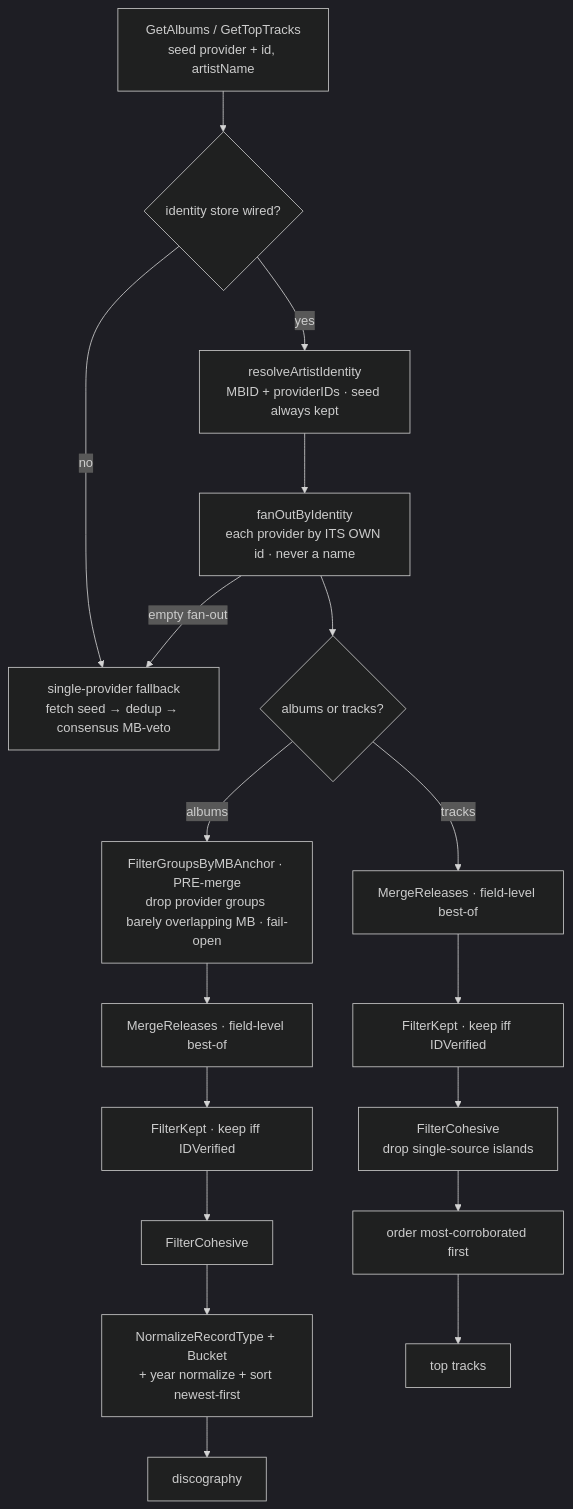
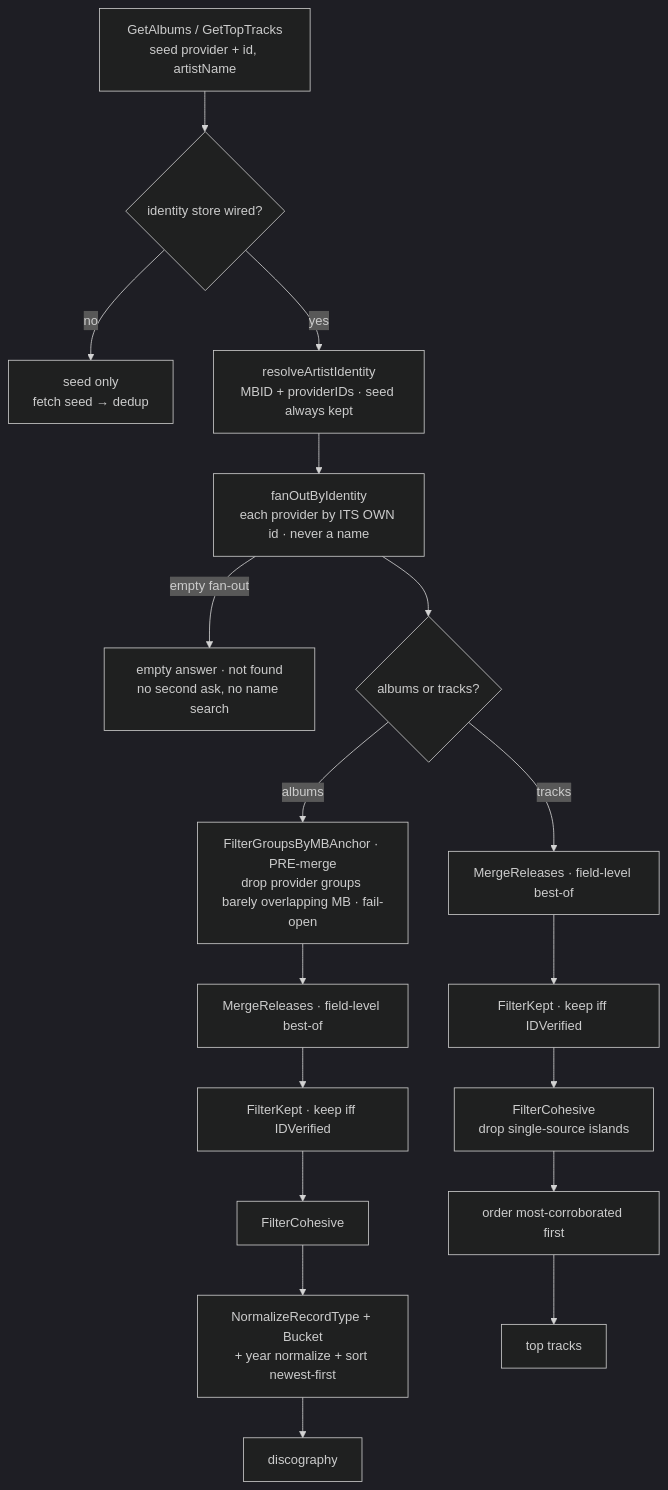
One commit to aleburrascano/altune changed the fourth of 6 diagrams in services/go-api/internal/discovery/ARCHITECTURE.md. Above: the diagram before and after it, drawn with Mermaid (dark theme). The commit also changed other lines of this file and 4 other files, not shown here.

````diff
--- a/services/go-api/internal/discovery/ARCHITECTURE.md
+++ b/services/go-api/internal/discovery/ARCHITECTURE.md
@@ -369,20 +369,20 @@
 ```mermaid
 flowchart TD
     SEED["GetAlbums / GetTopTracks<br/>seed provider + id, artistName"] --> STORE{"identity store wired?"}
-    STORE -->|no| FB["single-provider fallback<br/>fetch seed → dedup → consensus MB-veto"]
+    STORE -->|no| FB["seed only<br/>fetch seed → dedup"]
     STORE -->|yes| RID["resolveArtistIdentity<br/>MBID + providerIDs · seed always kept"]
     RID --> FAN["fanOutByIdentity<br/>each provider by ITS OWN id · never a name"]
-    FAN -->|"empty fan-out"| FB
+    FAN -->|"empty fan-out"| NF["empty answer · not found<br/>no second ask, no name search"]
     FAN --> KIND{"albums or tracks?"}
     KIND -->|albums| MBA["FilterGroupsByMBAnchor · PRE-merge<br/>drop provider groups barely overlapping MB · fail-open"]
     KIND -->|tracks| MR2["MergeReleases · field-level best-of"]
     MBA --> MR["MergeReleases · field-level best-of"]
     MR --> FK["FilterKept · keep iff IDVerified"]
     MR2 --> FK2["FilterKept · keep iff IDVerified"]
     FK --> COH1["FilterCohesive"]
     FK2 --> COH["FilterCohesive<br/>drop single-source islands"]
     COH1 --> BUCK["NormalizeRecordType + Bucket<br/>+ year normalize + sort newest-first"]
     COH --> ORD["order most-corroborated first"]
     BUCK --> O1["discography"]
     ORD --> O2["top tracks"]
 ```
````
